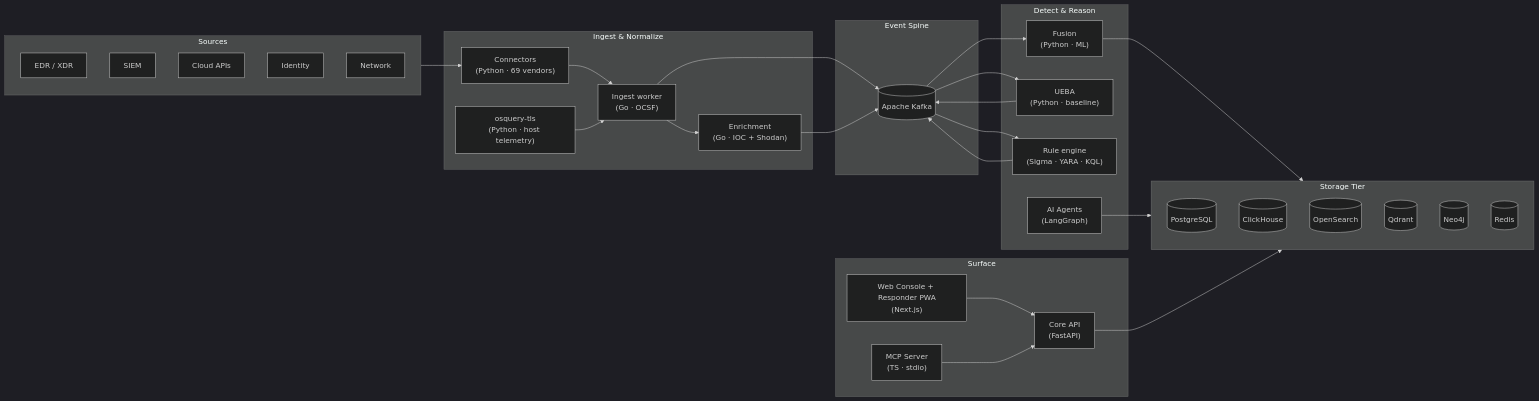
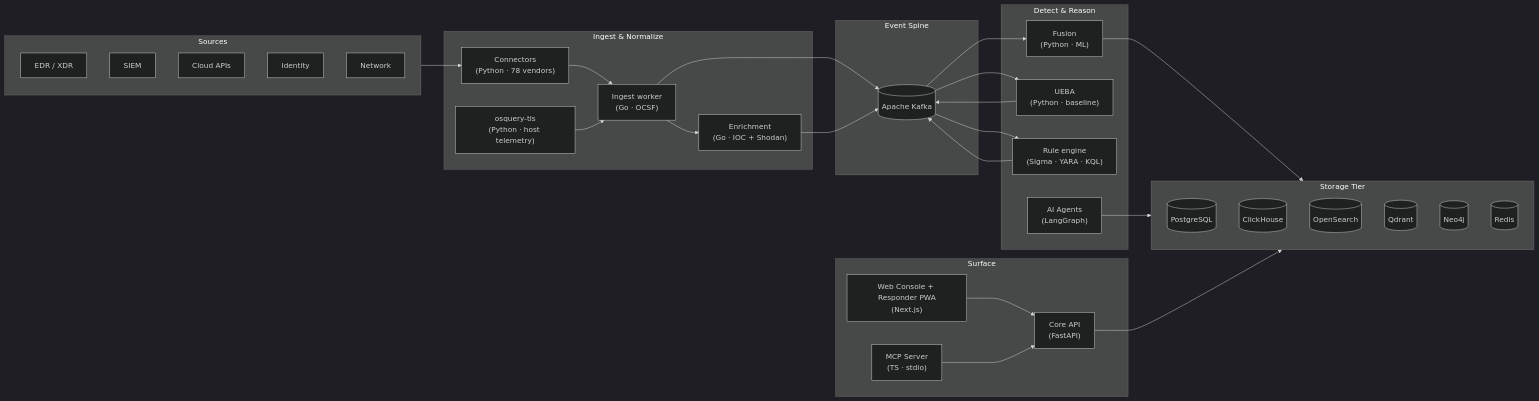
The diagram in README.md (hyyyh0x/AiSOC), drawn with Mermaid (dark theme) before and after one commit. The commit also changed other lines of this file and 4 other files, not shown here.

````diff
--- a/README.md
+++ b/README.md
@@ -105,54 +105,54 @@
 ```mermaid
 flowchart LR
     subgraph Sources["Sources"]
         EDR["EDR / XDR"]
         SIEM["SIEM"]
         Cloud["Cloud APIs"]
         IDP["Identity"]
         Net["Network"]
     end
 
     subgraph Ingest["Ingest & Normalize"]
-        Connectors["Connectors\n(Python · 69 vendors)"]
+        Connectors["Connectors\n(Python · 78 vendors)"]
         OsqueryTLS["osquery-tls\n(Python · host telemetry)"]
         IngestSvc["Ingest worker\n(Go · OCSF)"]
         Enrich["Enrichment\n(Go · IOC + Shodan)"]
     end
 
     subgraph Spine["Event Spine"]
         Kafka[("Apache Kafka")]
     end
 
     subgraph Detect["Detect & Reason"]
         Fusion["Fusion\n(Python · ML)"]
         UEBA["UEBA\n(Python · baseline)"]
         Rules["Rule engine\n(Sigma · YARA · KQL)"]
         Agents["AI Agents\n(LangGraph)"]
     end
 
     subgraph Storage["Storage Tier"]
         PG[("PostgreSQL")]
         CH[("ClickHouse")]
         OS[("OpenSearch")]
         QD[("Qdrant")]
         N4[("Neo4j")]
         RD[("Redis")]
     end
 
     subgraph Surface["Surface"]
         API["Core API\n(FastAPI)"]
         Web["Web Console + Responder PWA\n(Next.js)"]
         MCP["MCP Server\n(TS · stdio)"]
     end
 
     Sources --> Connectors --> IngestSvc --> Kafka
     OsqueryTLS --> IngestSvc
     IngestSvc --> Enrich --> Kafka
     Kafka --> Fusion --> Storage
     Kafka --> UEBA --> Kafka
     Kafka --> Rules --> Kafka
     Agents --> Storage
     API --> Storage
     Web --> API
     MCP --> API
 ```
````
